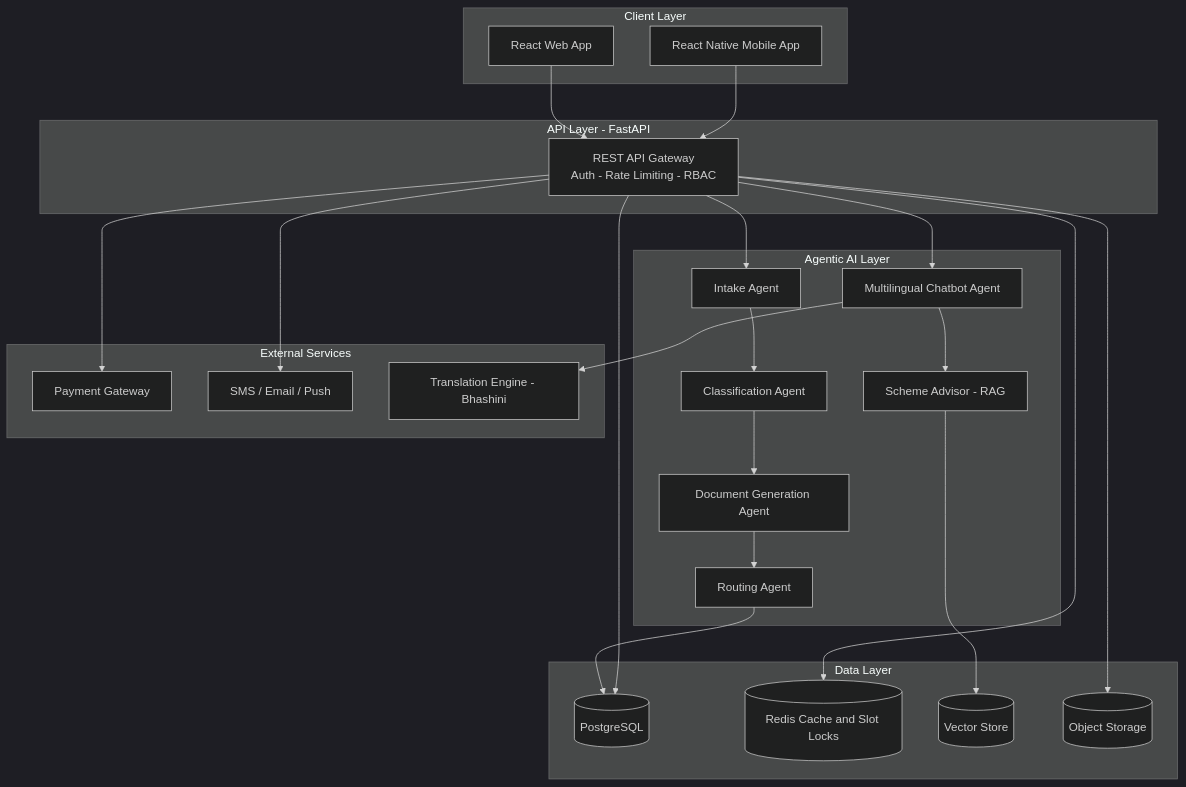
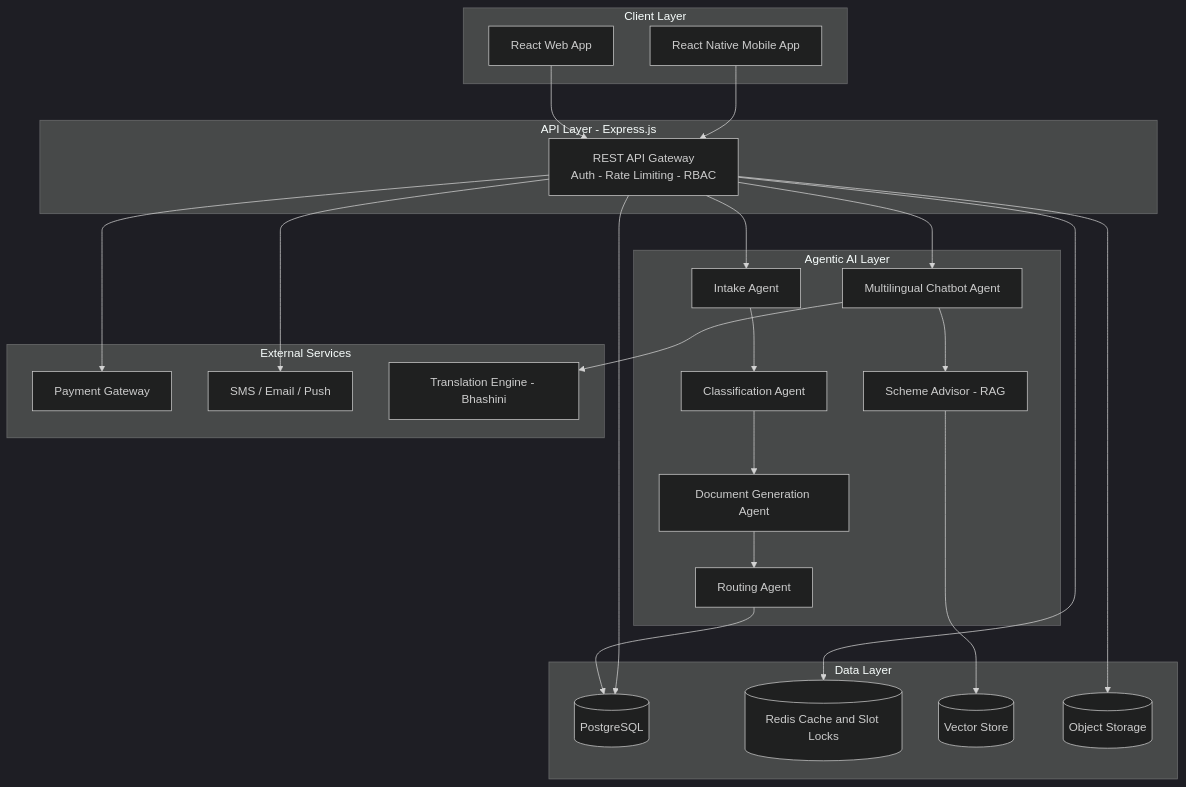
The first of 2 diagrams in README.md (ISVN-dev-01/MP---OS), drawn with Mermaid (dark theme) before and after one commit. The commit also changed other lines of this file, not shown here.

````diff
--- a/README.md
+++ b/README.md
@@ -110,50 +108,45 @@
 ```mermaid
 flowchart TB
     subgraph Clients [Client Layer]
         WEB[React Web App]
         MOB[React Native Mobile App]
     end
-
-    subgraph API [API Layer - FastAPI]
+    subgraph API [API Layer - Express.js]
         GATEWAY[REST API Gateway<br/>Auth - Rate Limiting - RBAC]
     end
-
     subgraph Agentic [Agentic AI Layer]
         INTAKE[Intake Agent]
         CLASSIFY[Classification Agent]
         DOCGEN[Document Generation Agent]
         ROUTE[Routing Agent]
         CHAT[Multilingual Chatbot Agent]
         SCHEME[Scheme Advisor - RAG]
     end
-
     subgraph Data [Data Layer]
         PG[(PostgreSQL)]
         REDIS[(Redis Cache and Slot Locks)]
         VEC[(Vector Store)]
         S3[(Object Storage)]
     end
-
     subgraph External [External Services]
         PAY[Payment Gateway]
         NOTIFY[SMS / Email / Push]
         TRANSLATE[Translation Engine - Bhashini]
     end
-
     WEB --> GATEWAY
     MOB --> GATEWAY
     GATEWAY --> INTAKE
     INTAKE --> CLASSIFY
     CLASSIFY --> DOCGEN
     DOCGEN --> ROUTE
     GATEWAY --> CHAT
     CHAT --> SCHEME
     SCHEME --> VEC
     ROUTE --> PG
     GATEWAY --> PG
     GATEWAY --> REDIS
     GATEWAY --> S3
     GATEWAY --> PAY
     GATEWAY --> NOTIFY
     CHAT --> TRANSLATE
 ```
````
